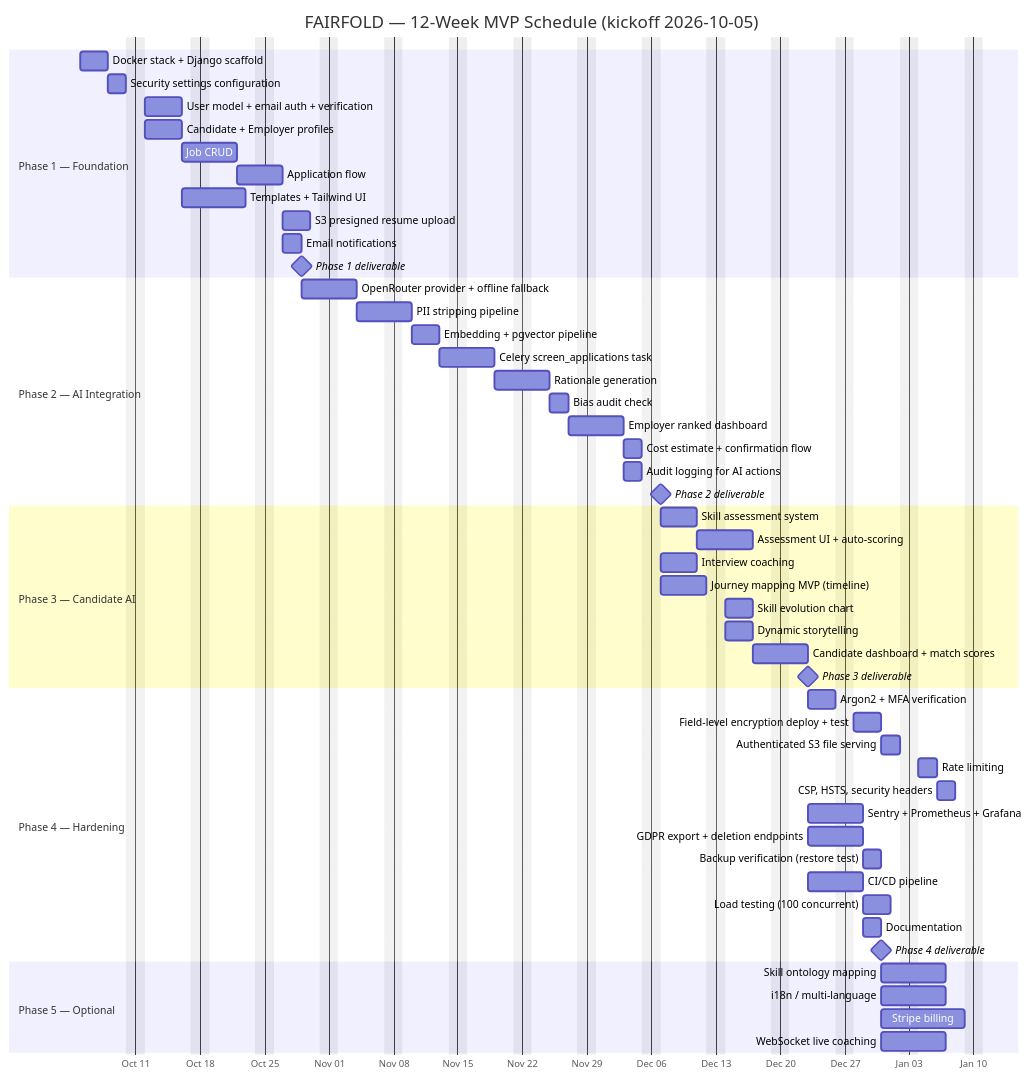
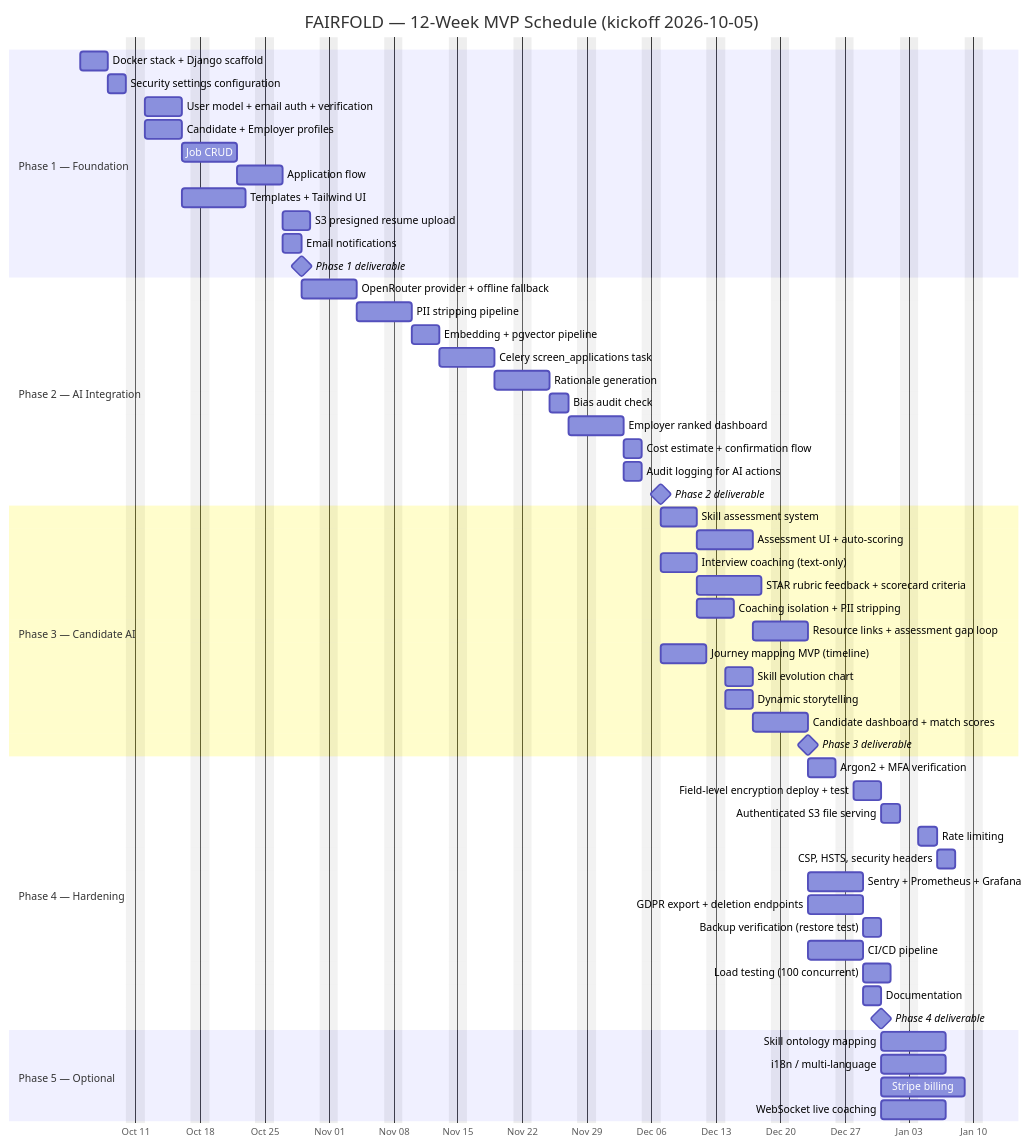
The first of 5 diagrams in FAIRFOLD_Feasibility_and_Design.md (ishrakhossain53/FAIRFOLD), drawn with Mermaid before and after one commit. The commit also changed other lines of this file and 7 other files, not shown here.

````diff
--- a/FAIRFOLD_Feasibility_and_Design.md
+++ b/FAIRFOLD_Feasibility_and_Design.md
@@ -1130,61 +1164,64 @@
 ```mermaid
 gantt
     title FAIRFOLD — 12-Week MVP Schedule (kickoff 2026-10-05)
     dateFormat  YYYY-MM-DD
     axisFormat  %b %d
     excludes weekends
 
     section Phase 1 — Foundation
     Docker stack + Django scaffold      :p1a, 2026-10-05, 3d
     Security settings configuration     :p1b, after p1a, 2d
     User model + email auth + verification :p1c, after p1b, 4d
     Candidate + Employer profiles       :p1d, after p1b, 4d
     Job CRUD                            :p1e, after p1c, 4d
     Application flow                    :p1f, after p1e, 3d
     Templates + Tailwind UI             :p1g, after p1d, 5d
     S3 presigned resume upload          :p1h, after p1f, 3d
     Email notifications                 :p1i, after p1f, 2d
     Phase 1 deliverable                 :milestone, m1, after p1i, 0d
 
     section Phase 2 — AI Integration
     OpenRouter provider + offline fallback :p2a, after m1, 4d
     PII stripping pipeline               :p2b, after p2a, 4d
     Embedding + pgvector pipeline        :p2c, after p2b, 3d
     Celery screen_applications task      :p2d, after p2c, 4d
     Rationale generation                 :p2e, after p2d, 4d
     Bias audit check                     :p2f, after p2e, 2d
     Employer ranked dashboard            :p2g, after p2f, 4d
     Cost estimate + confirmation flow    :p2h, after p2g, 2d
     Audit logging for AI actions         :p2i, after p2g, 2d
     Phase 2 deliverable                  :milestone, m2, after p2i, 0d
 
     section Phase 3 — Candidate AI
     Skill assessment system              :p3a, after m2, 4d
     Assessment UI + auto-scoring         :p3b, after p3a, 4d
-    Interview coaching                   :p3c, after m2, 4d
-    Journey mapping MVP (timeline)       :p3d, after m2, 5d
-    Skill evolution chart                :p3e, after p3d, 3d
-    Dynamic storytelling                 :p3f, after p3d, 3d
-    Candidate dashboard + match scores   :p3g, after p3b, 4d
-    Phase 3 deliverable                  :milestone, m3, after p3g, 0d
+    Interview coaching (text-only)       :p3c, after m2, 4d
+    STAR rubric feedback + scorecard criteria :p3d, after p3c, 5d
+    Coaching isolation + PII stripping   :p3e, after p3c, 2d
+    Resource links + assessment gap loop :p3f, after p3b, 4d
+    Journey mapping MVP (timeline)       :p3g, after m2, 5d
+    Skill evolution chart                :p3h, after p3g, 3d
+    Dynamic storytelling                 :p3i, after p3g, 3d
+    Candidate dashboard + match scores   :p3j, after p3b, 4d
+    Phase 3 deliverable                  :milestone, m3, after p3j, 0d
 
     section Phase 4 — Hardening
     Argon2 + MFA verification            :p4a, after m3, 3d
     Field-level encryption deploy + test :p4b, after p4a, 3d
     Authenticated S3 file serving        :p4c, after p4b, 2d
     Rate limiting                        :p4d, after p4c, 2d
     CSP, HSTS, security headers          :p4e, after p4d, 2d
     Sentry + Prometheus + Grafana        :p4f, after m3, 4d
     GDPR export + deletion endpoints     :p4g, after m3, 4d
     Backup verification (restore test)   :p4h, after p4f, 2d
     CI/CD pipeline                       :p4i, after m3, 4d
     Load testing (100 concurrent)       :p4j, after p4i, 3d
     Documentation                        :p4k, after p4i, 2d
     Phase 4 deliverable                  :milestone, m4, after p4k, 0d
 
     section Phase 5 — Optional
     Skill ontology mapping               :p5a, after m4, 5d
     i18n / multi-language                :p5b, after m4, 5d
     Stripe billing                       :p5c, after m4, 7d
     WebSocket live coaching              :p5d, after m4, 5d
 ```
````
